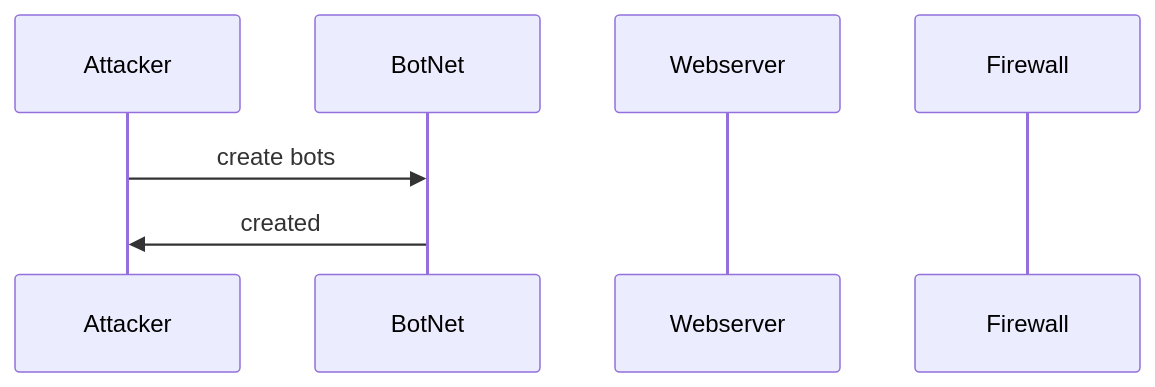
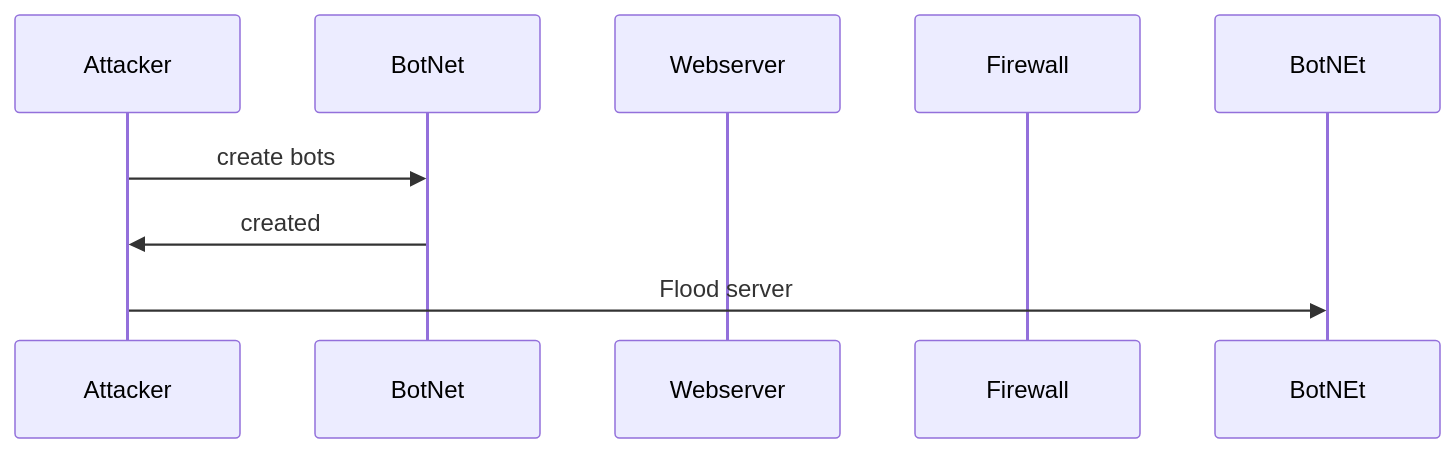
Before and after one commit to G-Marotta/Flowchart: the diagram in DDoS_Attack_Sequence.md, drawn with Mermaid.

````diff
--- a/DDoS_Attack_Sequence.md
+++ b/DDoS_Attack_Sequence.md
@@ -2,10 +2,10 @@
 ```mermaid
 sequenceDiagram
     participant Attacker
     participant BotNet
     participant Webserver
     participant Firewall
     Attacker->>BotNet: create bots
     BotNet->>Attacker: created
-
+    Attacker->>BotNEt: Flood server
 ```
````
